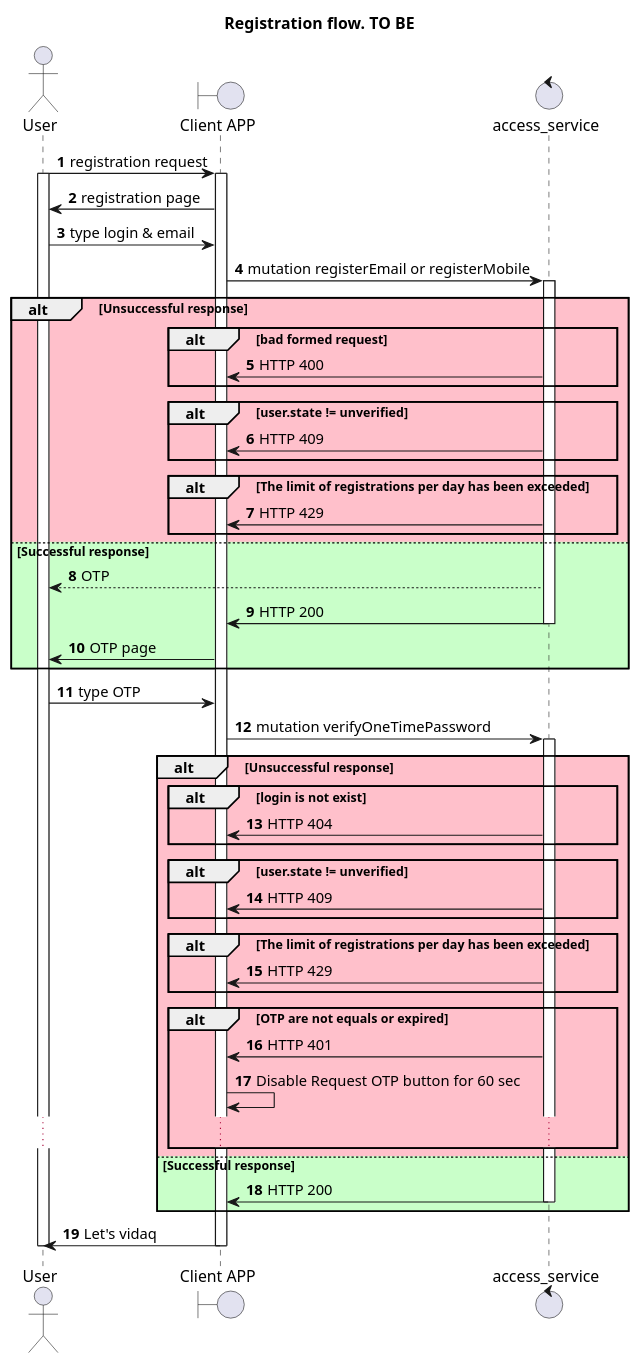
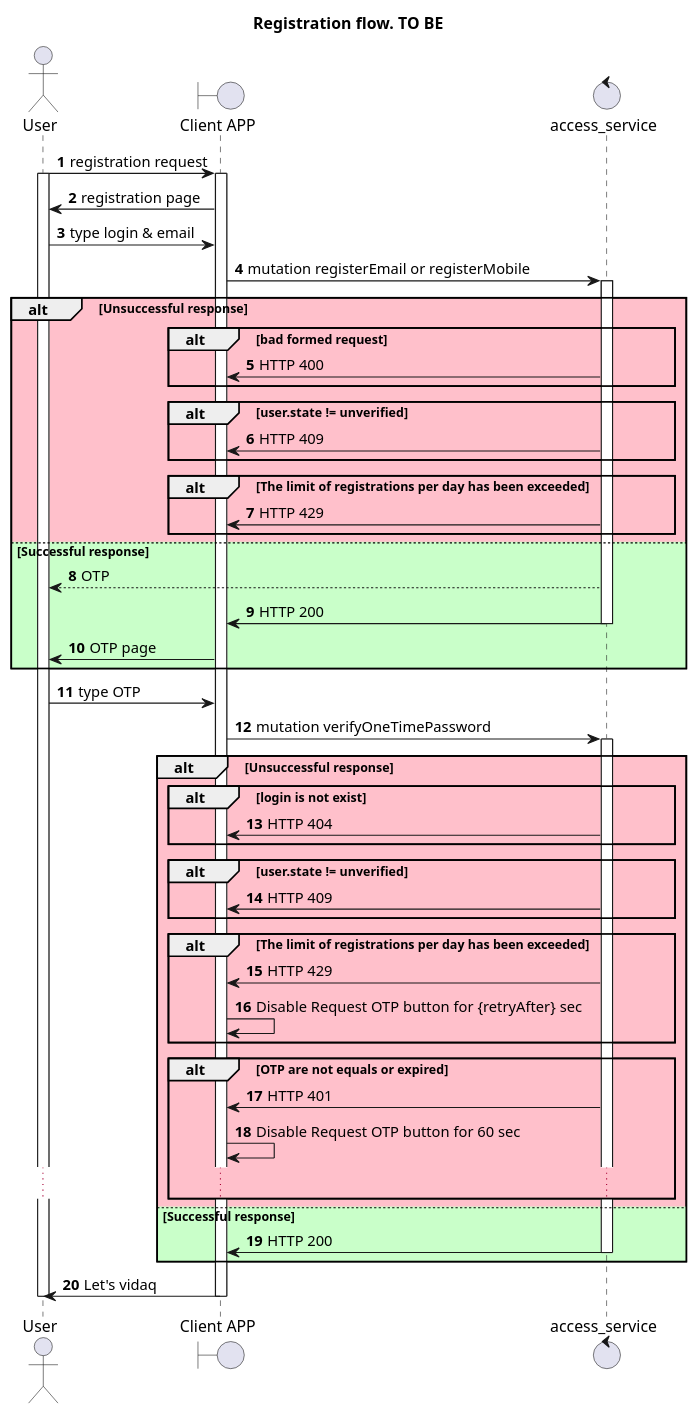
Before and after one commit to algruwork/work: the diagram in schemas/registration_flow_to_be.puml, drawn with PlantUML. The commit also changed 1 other file, not shown here.

```diff
--- a/schemas/registration_flow_to_be.puml
+++ b/schemas/registration_flow_to_be.puml
@@ -1,75 +1,76 @@
 @startuml
 
 title "Registration flow. TO BE"
 
 actor User as U
 boundary "Client APP" as GUI
 control "access_service" as AC
 
 autonumber
 
 U -> GUI: registration request
 activate U
 activate GUI
 GUI -> U: registration page
 U -> GUI: type login & email
 GUI -> AC: mutation registerEmail or registerMobile
 activate AC
 
 
 alt #Pink Unsuccessful response
 
 alt #Pink bad formed request
 AC -> GUI: HTTP 400
 end
 
 alt #Pink user.state != unverified
 AC -> GUI: HTTP 409
 end
 
 alt #Pink The limit of registrations per day has been exceeded
 AC -> GUI: HTTP 429
 end
 
 else #Technology Successful response
 AC --> U: OTP
 AC -> GUI: HTTP 200
 deactivate AC
 
 GUI -> U: OTP page
 end
 
 U -> GUI: type OTP
 GUI -> AC: mutation verifyOneTimePassword
 activate AC
 
 alt #Pink Unsuccessful response
 alt #Pink login is not exist
 AC -> GUI: HTTP 404
 end
 
 alt #Pink user.state != unverified
 AC -> GUI: HTTP 409
 end
 
 alt #Pink The limit of registrations per day has been exceeded
 AC -> GUI: HTTP 429
+GUI -> GUI: Disable Request OTP button for {retryAfter} sec
 end
 
 alt #Pink OTP are not equals or expired
 AC -> GUI: HTTP 401
 GUI -> GUI: Disable Request OTP button for 60 sec
 ...
 end
 
 
 else #Technology Successful response
 AC -> GUI: HTTP 200
 deactivate AC
 end
 
 GUI -> U: Let's vidaq
 deactivate GUI
 deactivate U
 
 @enduml
```
